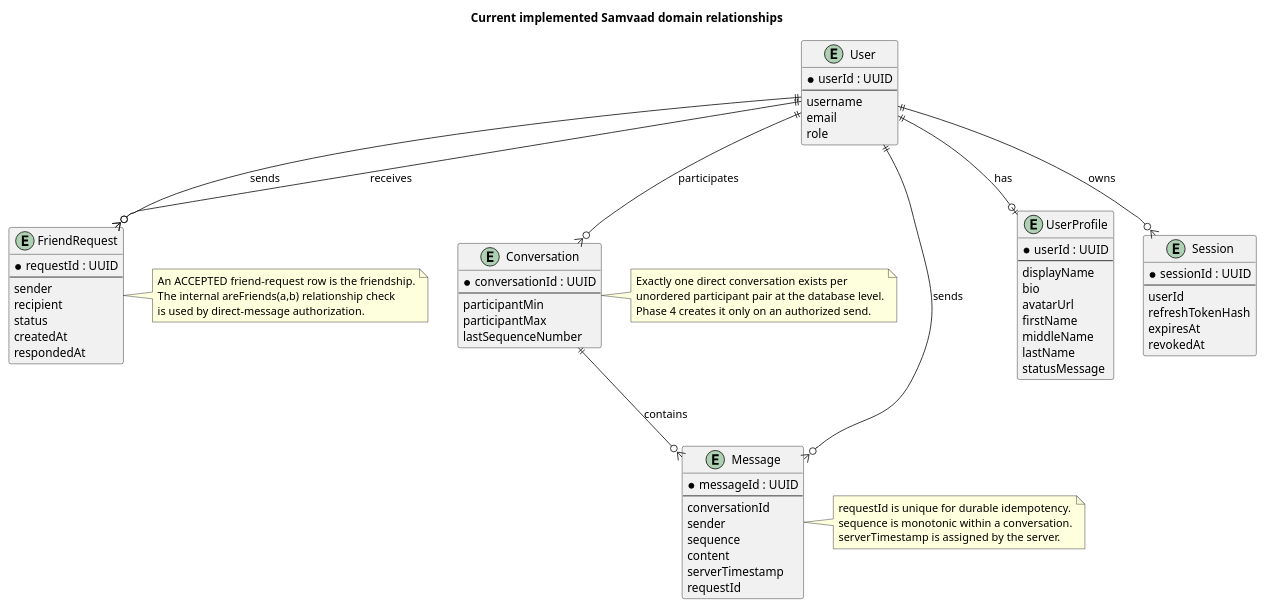
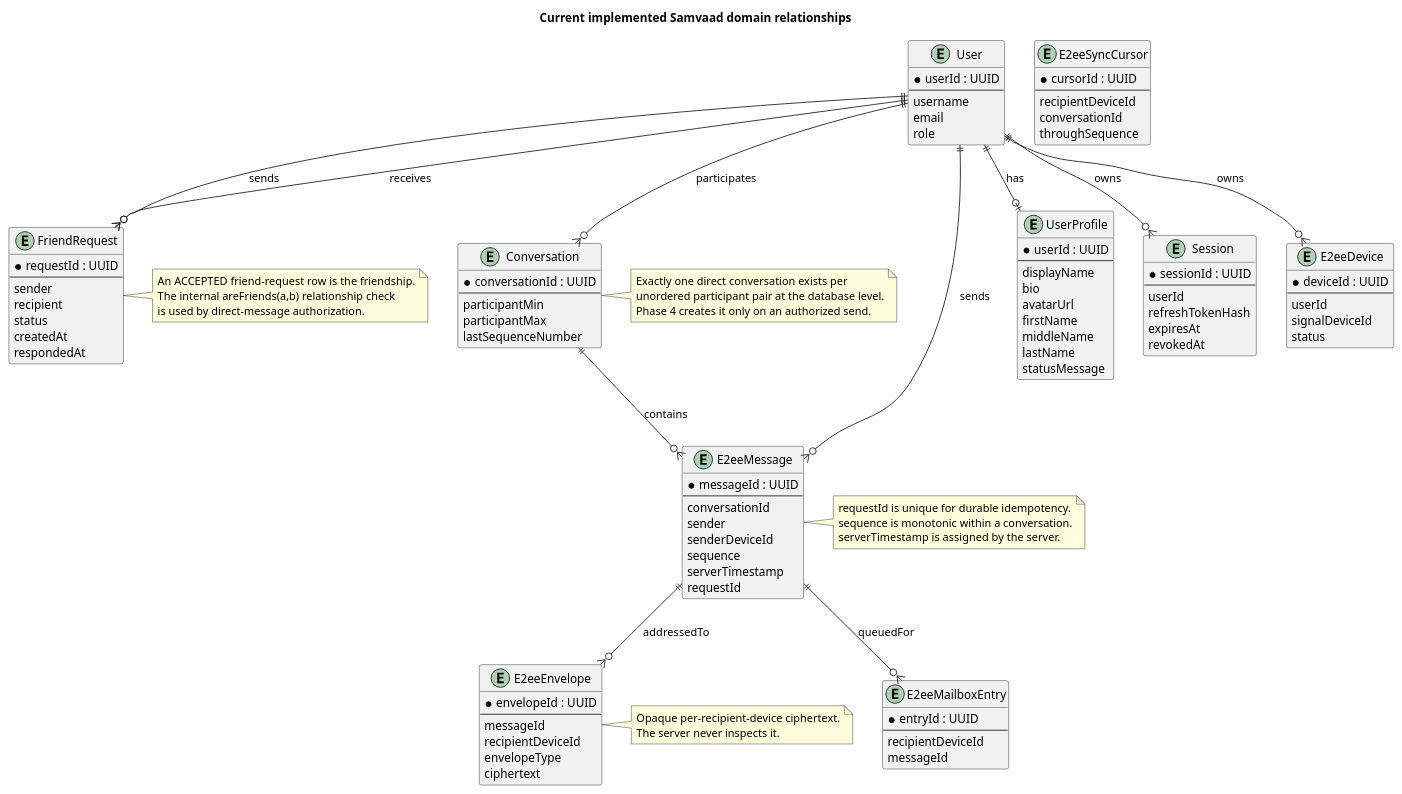
Before and after one commit to animesh0404/samvaad-server: the diagram in docs/architecture/diagrams/current-domain-model.puml, drawn with PlantUML. The commit also changed 17 other files, not shown here.

Commit message:
docs: reconcile current E2EE messaging architecture

```diff
--- a/docs/architecture/diagrams/current-domain-model.puml
+++ b/docs/architecture/diagrams/current-domain-model.puml
@@ -1,87 +1,127 @@
 @startuml
 title Current implemented Samvaad domain relationships
 
 entity User {
   * userId : UUID
   --
   username
   email
   role
 }
 
 entity UserProfile {
   * userId : UUID
   --
   displayName
   bio
   avatarUrl
   firstName
   middleName
   lastName
   statusMessage
 }
 
 entity Session {
   * sessionId : UUID
   --
   userId
   refreshTokenHash
   expiresAt
   revokedAt
 }
 
 entity FriendRequest {
   * requestId : UUID
   --
   sender
   recipient
   status
   createdAt
   respondedAt
 }
 
 entity Conversation {
   * conversationId : UUID
   --
   participantMin
   participantMax
   lastSequenceNumber
 }
 
-entity Message {
+entity E2eeMessage {
   * messageId : UUID
   --
   conversationId
   sender
+  senderDeviceId
   sequence
-  content
   serverTimestamp
   requestId
+}
+
+entity E2eeEnvelope {
+  * envelopeId : UUID
+  --
+  messageId
+  recipientDeviceId
+  envelopeType
+  ciphertext
+}
+
+entity E2eeMailboxEntry {
+  * entryId : UUID
+  --
+  recipientDeviceId
+  messageId
+}
+
+entity E2eeSyncCursor {
+  * cursorId : UUID
+  --
+  recipientDeviceId
+  conversationId
+  throughSequence
+}
+
+entity E2eeDevice {
+  * deviceId : UUID
+  --
+  userId
+  signalDeviceId
+  status
 }
 
 User ||--o| UserProfile : has
 User ||--o{ Session : owns
 User ||--o{ FriendRequest : sends
 User ||--o{ FriendRequest : receives
 User ||--o{ Conversation : participates
-Conversation ||--o{ Message : contains
-User ||--o{ Message : sends
+Conversation ||--o{ E2eeMessage : contains
+User ||--o{ E2eeMessage : sends
+E2eeMessage ||--o{ E2eeEnvelope : addressedTo
+E2eeMessage ||--o{ E2eeMailboxEntry : queuedFor
+User ||--o{ E2eeDevice : owns
 
 note right of FriendRequest
 An ACCEPTED friend-request row is the friendship.
 The internal areFriends(a,b) relationship check
 is used by direct-message authorization.
 end note
 
 note right of Conversation
 Exactly one direct conversation exists per
 unordered participant pair at the database level.
 Phase 4 creates it only on an authorized send.
 end note
 
-note right of Message
+note right of E2eeMessage
 requestId is unique for durable idempotency.
 sequence is monotonic within a conversation.
 serverTimestamp is assigned by the server.
 end note
+
+note right of E2eeEnvelope
+Opaque per-recipient-device ciphertext.
+The server never inspects it.
+end note
 @enduml
```
